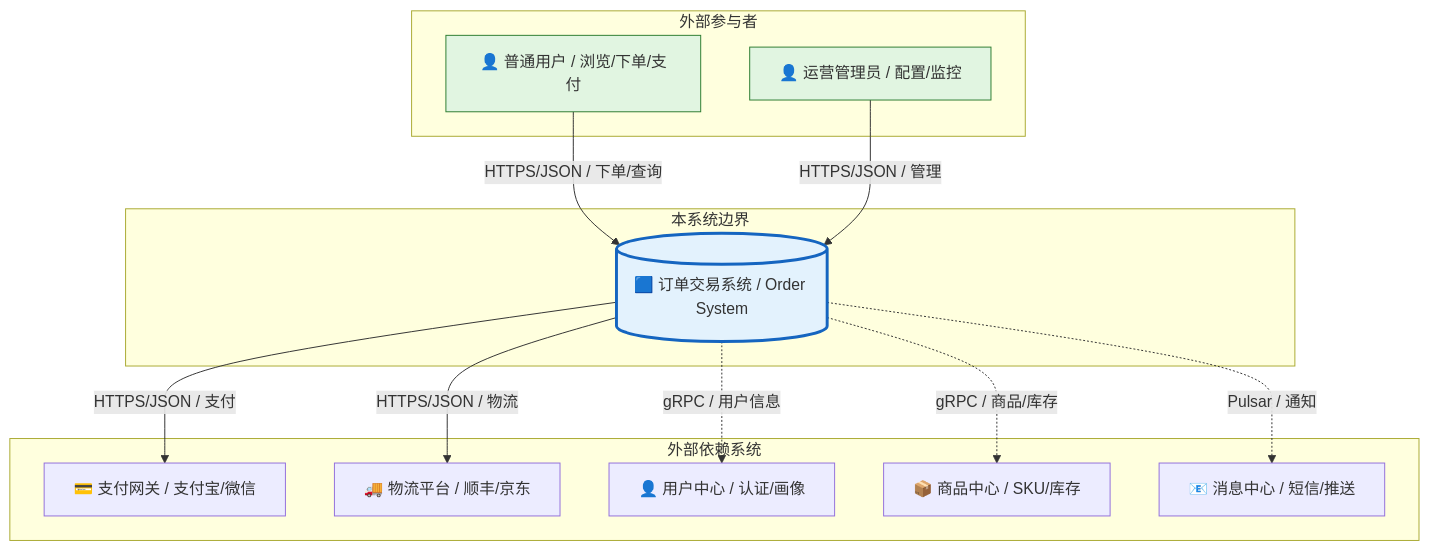
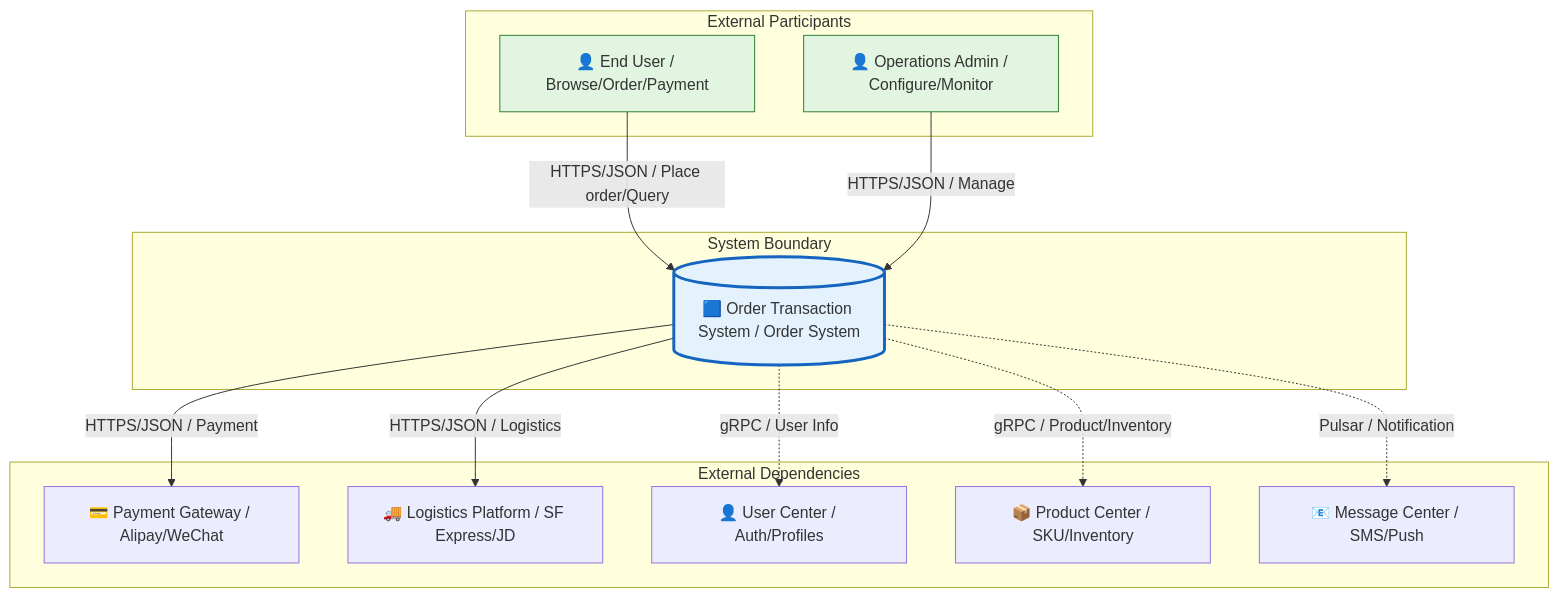
Before and after one commit to Kirky-X/cangjie: the third of 15 diagrams in templates/产品/技术层/【模板】架构设计文档.md, drawn with Mermaid. The commit also changed other lines of this file and 46 other files, not shown here.

````diff
--- a/templates/产品/技术层/【模板】架构设计文档.md
+++ b/templates/产品/技术层/【模板】架构设计文档.md
@@ -153,31 +153,31 @@
 ```mermaid
 graph TB
-    subgraph 外部参与者
-        U1[👤 普通用户 / 浏览/下单/支付]
-        U2[👤 运营管理员 / 配置/监控]
+    subgraph External Participants
+        U1[👤 End User / Browse/Order/Payment]
+        U2[👤 Operations Admin / Configure/Monitor]
     end
 
-    subgraph 本系统边界
-        S1[(🟦 订单交易系统 / Order System)]
+    subgraph System Boundary
+        S1[(🟦 Order Transaction System / Order System)]
     end
 
-    subgraph 外部依赖系统
-        E1[💳 支付网关 / 支付宝/微信]
-        E2[🚚 物流平台 / 顺丰/京东]
-        E3[👤 用户中心 / 认证/画像]
-        E4[📦 商品中心 / SKU/库存]
-        E5[📧 消息中心 / 短信/推送]
+    subgraph External Dependencies
+        E1[💳 Payment Gateway / Alipay/WeChat]
+        E2[🚚 Logistics Platform / SF Express/JD]
+        E3[👤 User Center / Auth/Profiles]
+        E4[📦 Product Center / SKU/Inventory]
+        E5[📧 Message Center / SMS/Push]
     end
 
-    U1 -->|HTTPS/JSON / 下单/查询| S1
-    U2 -->|HTTPS/JSON / 管理| S1
-    S1 -->|HTTPS/JSON / 支付| E1
-    S1 -->|HTTPS/JSON / 物流| E2
-    S1 -.->|gRPC / 用户信息| E3
-    S1 -.->|gRPC / 商品/库存| E4
-    S1 -.->|Pulsar / 通知| E5
+    U1 -->|HTTPS/JSON / Place order/Query| S1
+    U2 -->|HTTPS/JSON / Manage| S1
+    S1 -->|HTTPS/JSON / Payment| E1
+    S1 -->|HTTPS/JSON / Logistics| E2
+    S1 -.->|gRPC / User Info| E3
+    S1 -.->|gRPC / Product/Inventory| E4
+    S1 -.->|Pulsar / Notification| E5
 
     style S1 fill:#e3f2fd,stroke:#1565c0,stroke-width:3px
     style U1 fill:#e1f5e1,stroke:#2e7d32
     style U2 fill:#e1f5e1,stroke:#2e7d32
 ```
````
